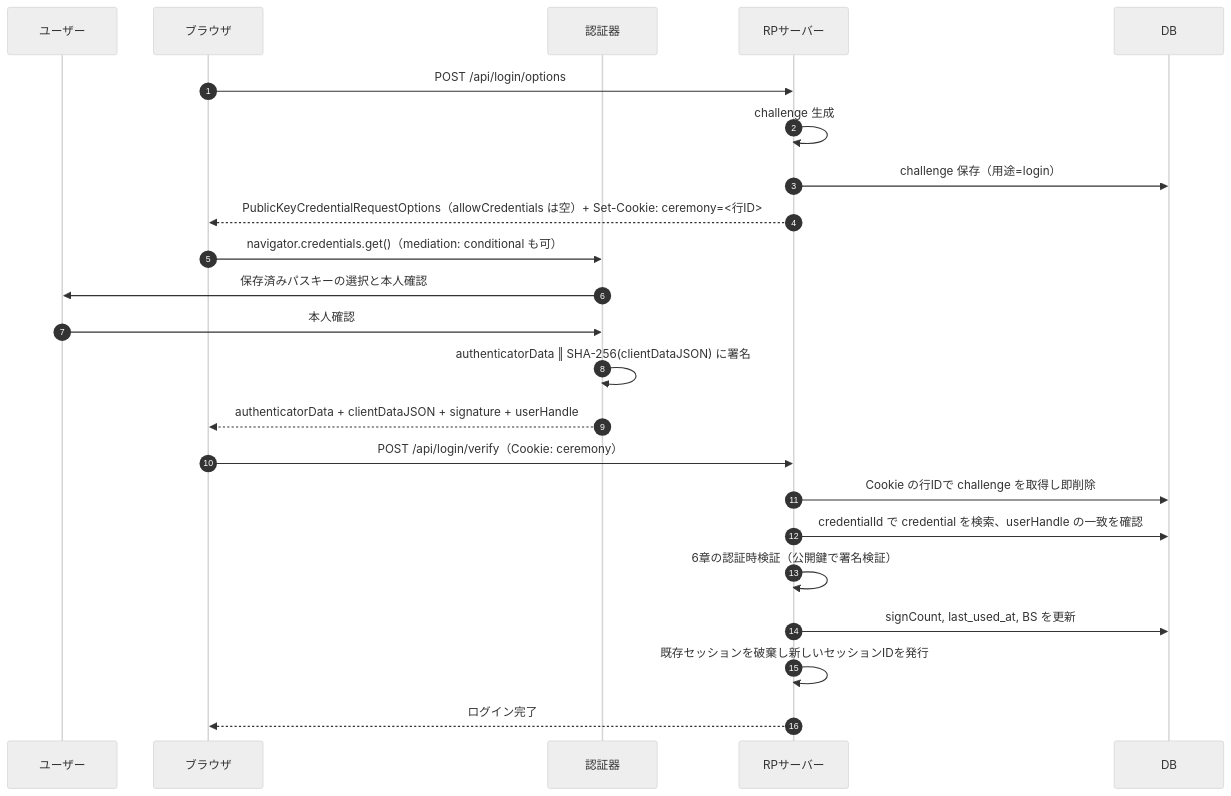
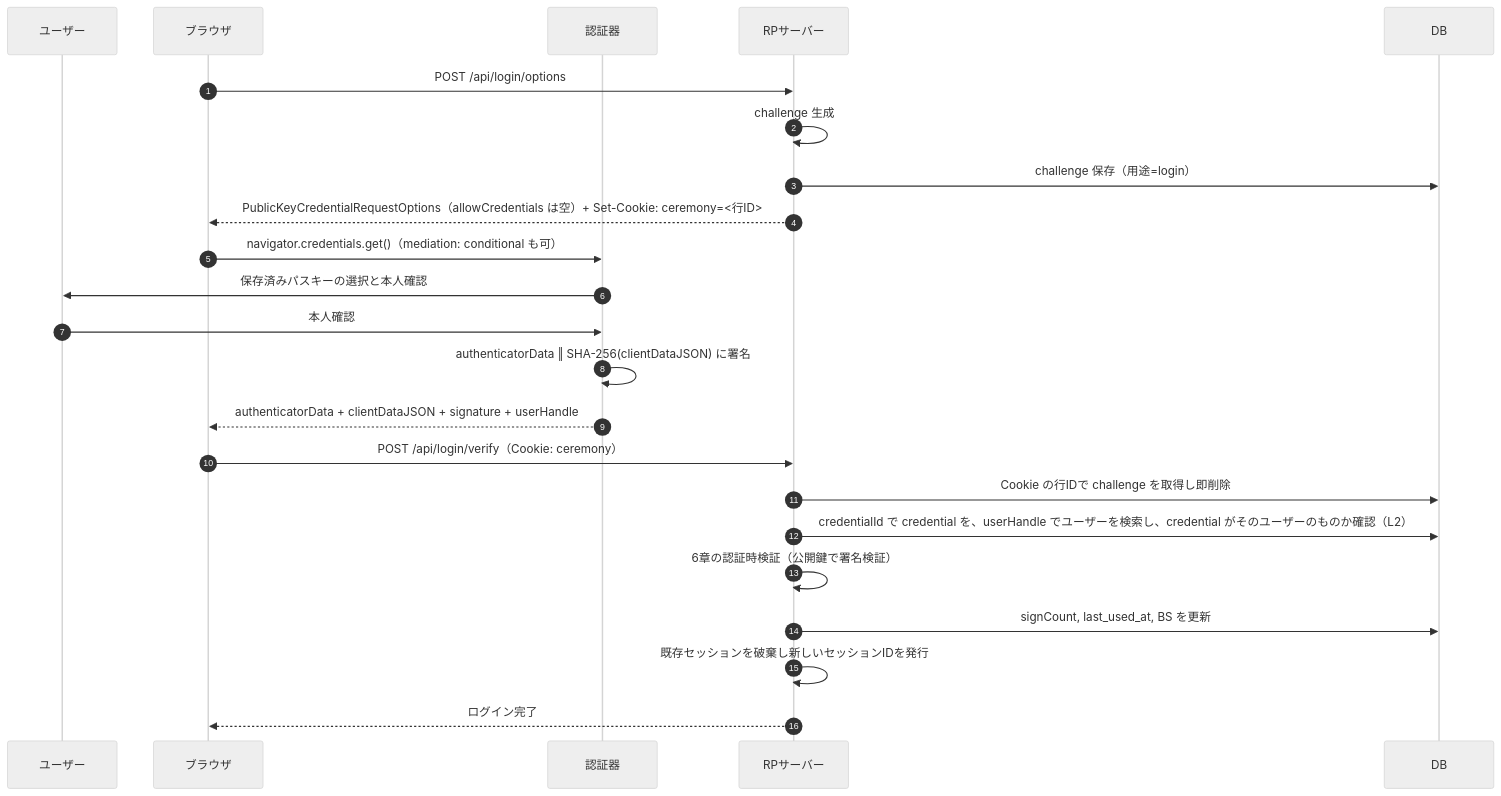
Before and after one commit to KazusaNakagawa/try-pass-key: the fourth of 6 diagrams in docs/01-architecture-proposal-poc.md, drawn with Mermaid (neutral theme). The commit also changed other lines of this file and 48 other files, not shown here.

````diff
--- a/docs/01-architecture-proposal-poc.md
+++ b/docs/01-architecture-proposal-poc.md
@@ -218,26 +218,26 @@
 ```mermaid
 sequenceDiagram
   autonumber
   participant U as ユーザー
   participant B as ブラウザ
   participant A as 認証器
   participant S as RPサーバー
   participant D as DB
 
   B->>S: POST /api/login/options
   S->>S: challenge 生成
   S->>D: challenge 保存（用途=login）
   S-->>B: PublicKeyCredentialRequestOptions（allowCredentials は空）+ Set-Cookie: ceremony=<行ID>
   B->>A: navigator.credentials.get()（mediation: conditional も可）
   A->>U: 保存済みパスキーの選択と本人確認
   U->>A: 本人確認
   A->>A: authenticatorData ‖ SHA-256(clientDataJSON) に署名
   A-->>B: authenticatorData + clientDataJSON + signature + userHandle
   B->>S: POST /api/login/verify（Cookie: ceremony）
   S->>D: Cookie の行IDで challenge を取得し即削除
-  S->>D: credentialId で credential を検索、userHandle の一致を確認
+  S->>D: credentialId で credential を、userHandle でユーザーを検索し、credential がそのユーザーのものか確認（L2）
   S->>S: 6章の認証時検証（公開鍵で署名検証）
   S->>D: signCount, last_used_at, BS を更新
   S->>S: 既存セッションを破棄し新しいセッションIDを発行
   S-->>B: ログイン完了
 ```
````
